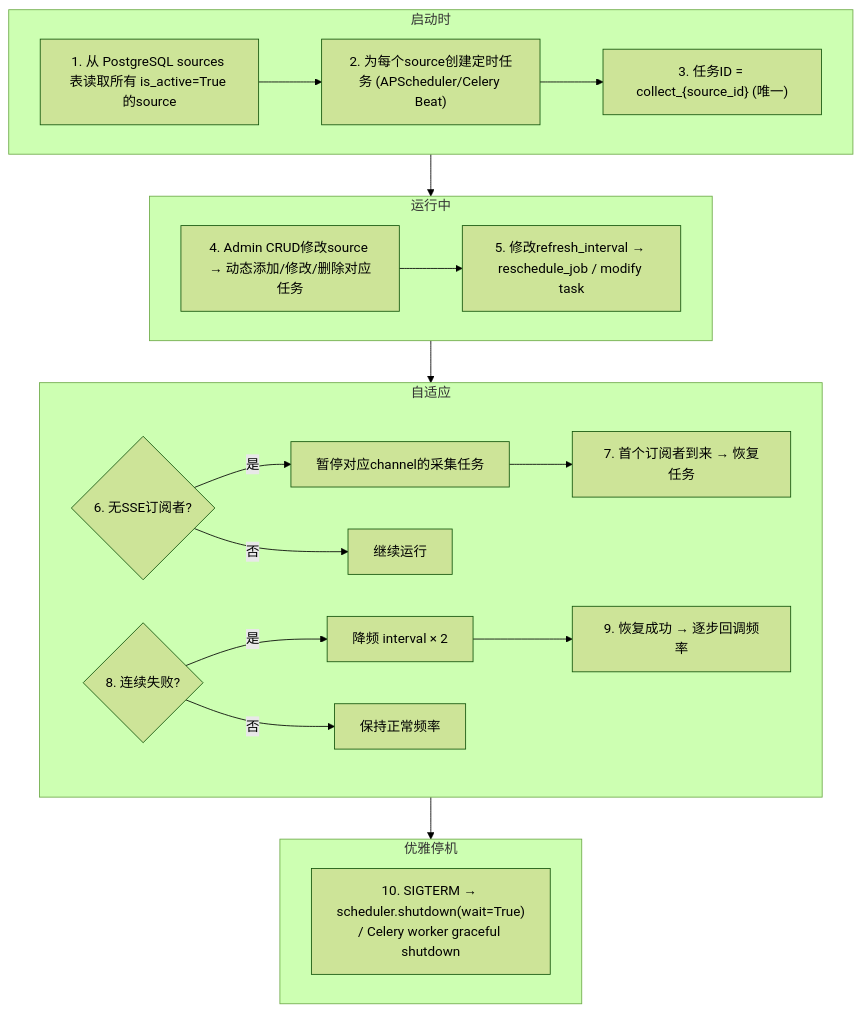
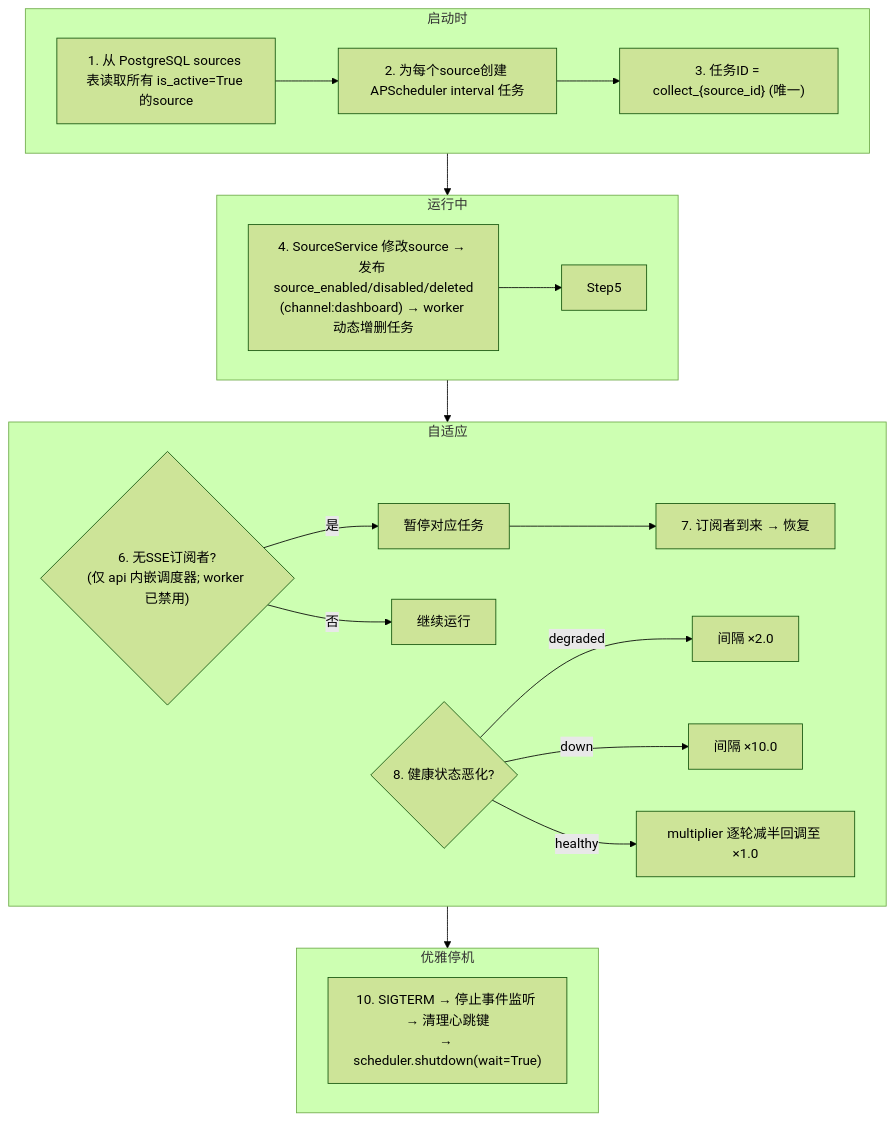
The fourth of 12 diagrams in docs/design/data-flow.md (onceme/instantboard), drawn with Mermaid (forest theme) before and after one commit. The commit also changed other lines of this file and 14 other files, not shown here.

````diff
--- a/docs/design/data-flow.md
+++ b/docs/design/data-flow.md
@@ -352,32 +293,31 @@
 ```mermaid
 graph TD
     subgraph Startup["启动时"]
         Step1["1. 从 PostgreSQL sources 表读取所有 is_active=True 的source"]
-        Step2["2. 为每个source创建定时任务 (APScheduler/Celery Beat)"]
+        Step2["2. 为每个source创建 APScheduler interval 任务"]
         Step3["3. 任务ID = collect_{source_id} (唯一)"]
         Step1 --> Step2 --> Step3
     end
 
     subgraph Running["运行中"]
-        Step4["4. Admin CRUD修改source → 动态添加/修改/删除对应任务"]
-        Step5["5. 修改refresh_interval → reschedule_job / modify task"]
+        Step4["4. SourceService 修改source → 发布 source_enabled/disabled/deleted<br>(channel:dashboard) → worker 动态增删任务"]
         Step4 --> Step5
     end
 
     subgraph Adaptive["自适应"]
-        Step6{"6. 无SSE订阅者?"}
-        Step6 -->|"是"| PauseTask["暂停对应channel的采集任务"]
+        Step6{"6. 无SSE订阅者?<br>(仅 api 内嵌调度器; worker 已禁用)"}
+        Step6 -->|"是"| PauseTask["暂停对应任务"]
         Step6 -->|"否"| KeepRunning["继续运行"]
-        PauseTask --> Step7["7. 首个订阅者到来 → 恢复任务"]
-        Step8{"8. 连续失败?"}
-        Step8 -->|"是"| ReduceFreq["降频 interval × 2"]
-        Step8 -->|"否"| NormalFreq["保持正常频率"]
-        ReduceFreq --> Step9["9. 恢复成功 → 逐步回调频率"]
+        PauseTask --> Step7["7. 订阅者到来 → 恢复"]
+        Step8{"8. 健康状态恶化?"}
+        Step8 -->|"degraded"| ReduceFreq1["间隔 ×2.0"]
+        Step8 -->|"down"| ReduceFreq2["间隔 ×10.0"]
+        Step8 -->|"healthy"| Recover["multiplier 逐轮减半回调至 ×1.0"]
     end
 
     subgraph Shutdown["优雅停机"]
-        Step10["10. SIGTERM → scheduler.shutdown(wait=True)<br>/ Celery worker graceful shutdown"]
+        Step10["10. SIGTERM → 停止事件监听 → 清理心跳键<br>→ scheduler.shutdown(wait=True)"]
     end
 
     Startup --> Running --> Adaptive --> Shutdown
 ```
````
